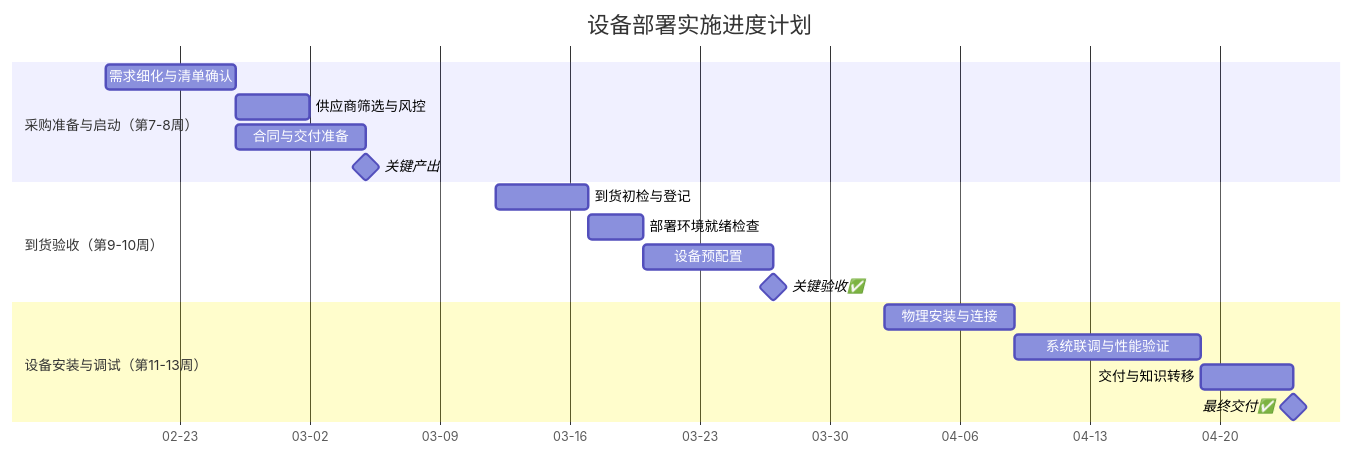
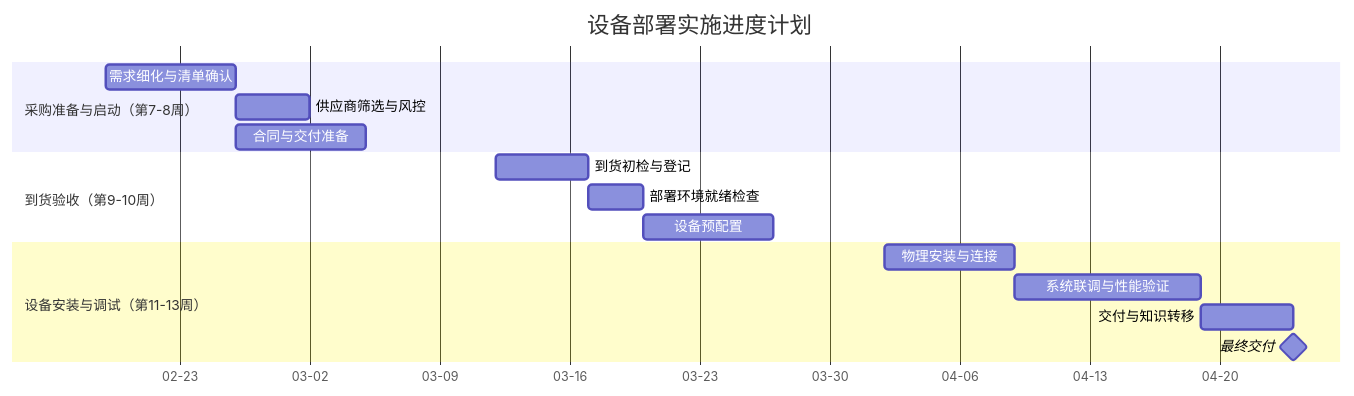
The diagram in all/未命名-1.md (CMTcode/iodraw-files), drawn with Mermaid before and after one commit.

Commit message:
2025-02-19 11:19:36 update

````diff
--- a/all/未命名-1.md
+++ b/all/未命名-1.md
@@ -1,24 +1,24 @@
 ```mermaid
 gantt
     title 设备部署实施进度计划
     dateFormat  YYYY-MM-DD
     axisFormat %m-%d
 
     section 采购准备与启动（第7-8周）
     需求细化与清单确认       :a1, 2025-02-19, 7d
     供应商筛选与风控         :after a1, 4d
     合同与交付准备           :2025-02-26, 7d
-    关键产出               :milestone, 2025-03-05, 0d
+    
 
     section 到货验收（第9-10周）
     到货初检与登记           :2025-03-12, 5d
     部署环境就绪检查         :2025-03-17, 3d
     设备预配置               :2025-03-20, 7d
-    关键验收✅              :milestone, 2025-03-27, 0d
+    
 
     section 设备安装与调试（第11-13周）
     物理安装与连接           :2025-04-02, 7d
     系统联调与性能验证       :2025-04-09, 10d
     交付与知识转移           :2025-04-19, 5d
-    最终交付✅               :milestone, 2025-04-24, 0d
+    最终交付              :milestone, 2025-04-24, 0d
 ```
````
